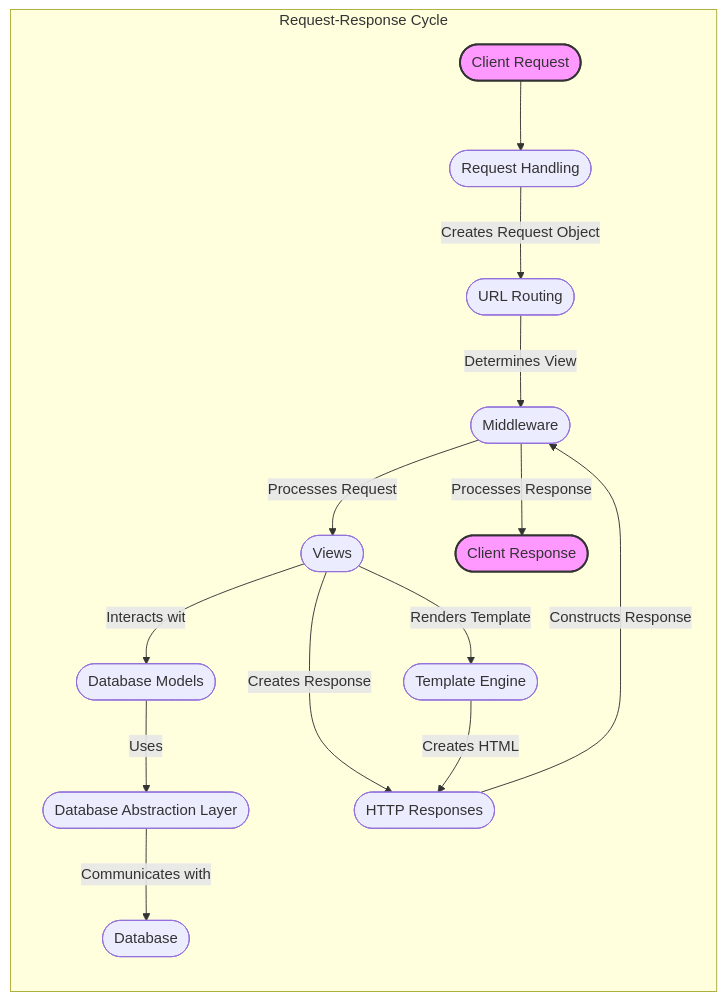
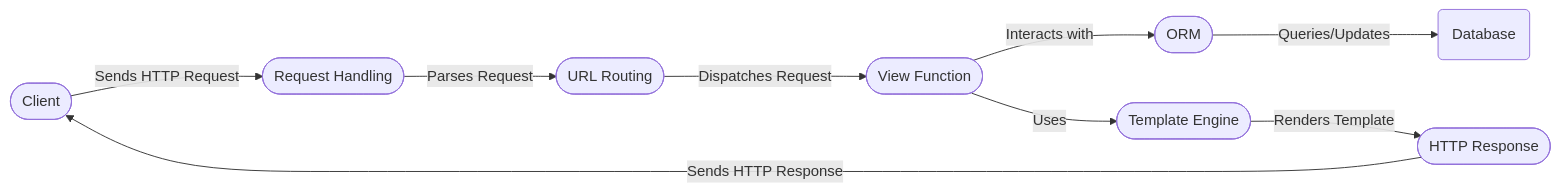
One commit to CodeBoarding/GeneratedOnBoardings changed the diagram in django/on_boarding.md. Above: the diagram before and after it, drawn with Mermaid. The commit also changed other lines of this file and 11 other files, not shown here.

````diff
--- a/django/on_boarding.md
+++ b/django/on_boarding.md
@@ -5,33 +5,19 @@
 ```mermaid
 graph LR
-    subgraph Request-Response Cycle
-        A([Client Request]) --> B([Request Handling])
-        B-- Creates Request Object--> C([URL Routing])
-        C-- Determines View --> D([Middleware])
-        D-- Processes Request --> E([Views])
-        E-- Renders Template --> F([Template Engine])
-        E-- Interacts wit --> G([Database Models])
-        G-- Uses --> H([Database Abstraction Layer])
-        H-- Communicates with --> I([Database])
-        E-- Creates Response --> J([HTTP Responses])
-        J-- Constructs Response --> D
-        D-- Processes Response --> K([Client Response])
-        F-- Creates HTML --> J
-    end
+    A([Client]) -- Sends HTTP Request --> B([Request Handling])
+    B -- Parses Request --> C([URL Routing])
+    C -- Dispatches Request --> D([View Function])
+    D -- Interacts with --> E([ORM])
+    E -- Queries/Updates --> F(Database)
+    D -- Uses --> G([Template Engine])
+    G -- Renders Template --> H([HTTP Response])
+    H -- Sends HTTP Response --> A
 
-    style A fill:#f9f,stroke:#333,stroke-width:2px
-    style K fill:#f9f,stroke:#333,stroke-width:2px
-
-
-click A href "https://github.com/CodeBoarding/GeneratedOnBoardings/blob/main/django//Request%20Handling.md"
+click A href "https://github.com/CodeBoarding/GeneratedOnBoardings/blob/main/django//README.md"
 click B href "https://github.com/CodeBoarding/GeneratedOnBoardings/blob/main/django//Request%20Handling.md"
 click C href "https://github.com/CodeBoarding/GeneratedOnBoardings/blob/main/django//URL%20Routing.md"
-click D href "https://github.com/CodeBoarding/GeneratedOnBoardings/blob/main/django//Middleware.md"
-click E href "https://github.com/CodeBoarding/GeneratedOnBoardings/blob/main/django//Views.md"
-click F href "https://github.com/CodeBoarding/GeneratedOnBoardings/blob/main/django//Template%20Engine.md"
-click G href "https://github.com/CodeBoarding/GeneratedOnBoardings/blob/main/django//Database%20Models.md"
-click H href "https://github.com/CodeBoarding/GeneratedOnBoardings/blob/main/django//Database%20Abstraction%20Layer.md"
-click J href "https://github.com/CodeBoarding/GeneratedOnBoardings/blob/main/django//HTTP%20Responses.md"
-click K href "https://github.com/CodeBoarding/GeneratedOnBoardings/blob/main/django//Request%20Handling.md"
-
+click D href "https://github.com/CodeBoarding/GeneratedOnBoardings/blob/main/django//View%20Function.md"
+click E href "https://github.com/CodeBoarding/GeneratedOnBoardings/blob/main/django//ORM.md"
+click G href "https://github.com/CodeBoarding/GeneratedOnBoardings/blob/main/django//Template%20Engine.md"
+click H href "https://github.com/CodeBoarding/GeneratedOnBoardings/blob/main/django//HTTP%20Response.md"
 ```
````
